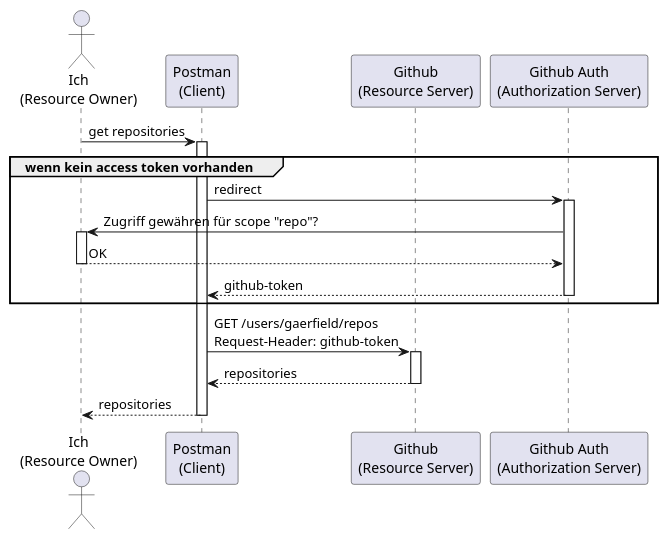
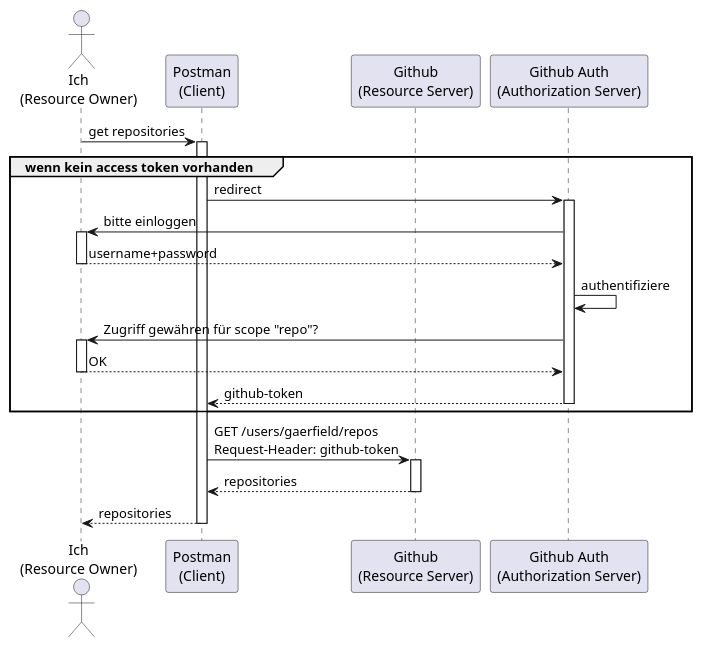
The diagram in 3_oauth.md (gaerfield/2021-08-oauth2-talk), drawn with PlantUML before and after one commit. The commit also changed other lines of this file and 3 other files, not shown here.

````diff
--- a/3_oauth.md
+++ b/3_oauth.md
@@ -40,18 +40,21 @@
 ```puml
 
 Actor "Ich\n(Resource Owner)" as reso
 participant "Postman\n(Client)" as client
 participant "Github\n(Resource Server)" as ress
 participant "Github Auth\n(Authorization Server)" as auth
 
 reso -> client++ : get repositories
 group wenn kein access token vorhanden
 client -> auth++ : redirect
+auth -> reso++ : bitte einloggen
+return username+password
+auth -> auth : authentifiziere
 auth -> reso++ : Zugriff gewähren für scope "repo"?
 return OK
 return github-token
 end
 client -> ress++ : GET /users/gaerfield/repos\nRequest-Header: github-token
 return repositories
 return repositories
 ```
````
